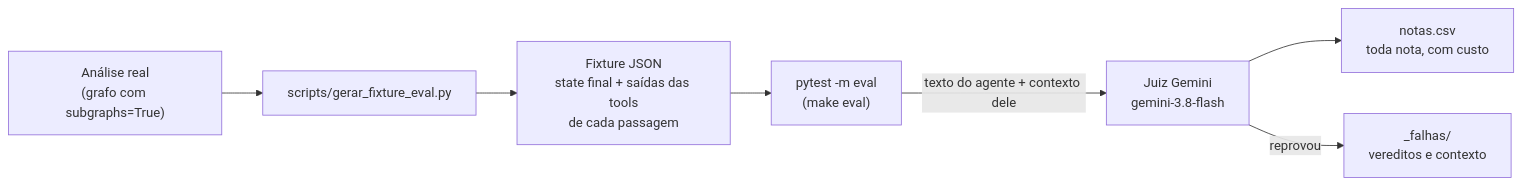
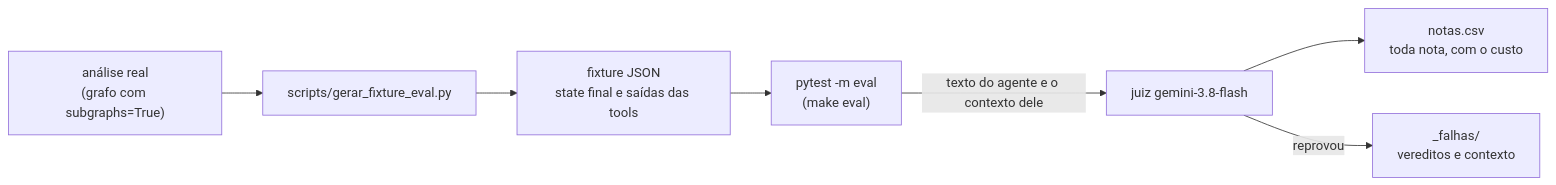
One commit to igorc22/pipeline-inteligencia-financeira-b3 changed the fourth of 4 diagrams in docs/arquitetura.md. Above: the diagram before and after it, drawn with Mermaid. The commit also changed other lines of this file and 77 other files, not shown here.

````diff
--- a/docs/arquitetura.md
+++ b/docs/arquitetura.md
@@ -360,9 +113,9 @@
 ```mermaid
 flowchart LR
-    ANALISE["Análise real<br/>(grafo com subgraphs=True)"] --> SCRIPT["scripts/gerar_fixture_eval.py"]
-    SCRIPT --> FIX["Fixture JSON<br/>state final + saídas das tools<br/>de cada passagem"]
+    ANALISE["análise real<br/>(grafo com subgraphs=True)"] --> SCRIPT["scripts/gerar_fixture_eval.py"]
+    SCRIPT --> FIX["fixture JSON<br/>state final e saídas das tools"]
     FIX --> PYT["pytest -m eval<br/>(make eval)"]
-    PYT -->|"texto do agente + contexto dele"| JUIZ["Juiz Gemini<br/>gemini-3.8-flash"]
-    JUIZ --> NOTAS["notas.csv<br/>toda nota, com custo"]
+    PYT -->|"texto do agente e o contexto dele"| JUIZ["juiz gemini-3.8-flash"]
+    JUIZ --> NOTAS["notas.csv<br/>toda nota, com o custo"]
     JUIZ -->|"reprovou"| FALHAS["_falhas/<br/>vereditos e contexto"]
 ```
````
